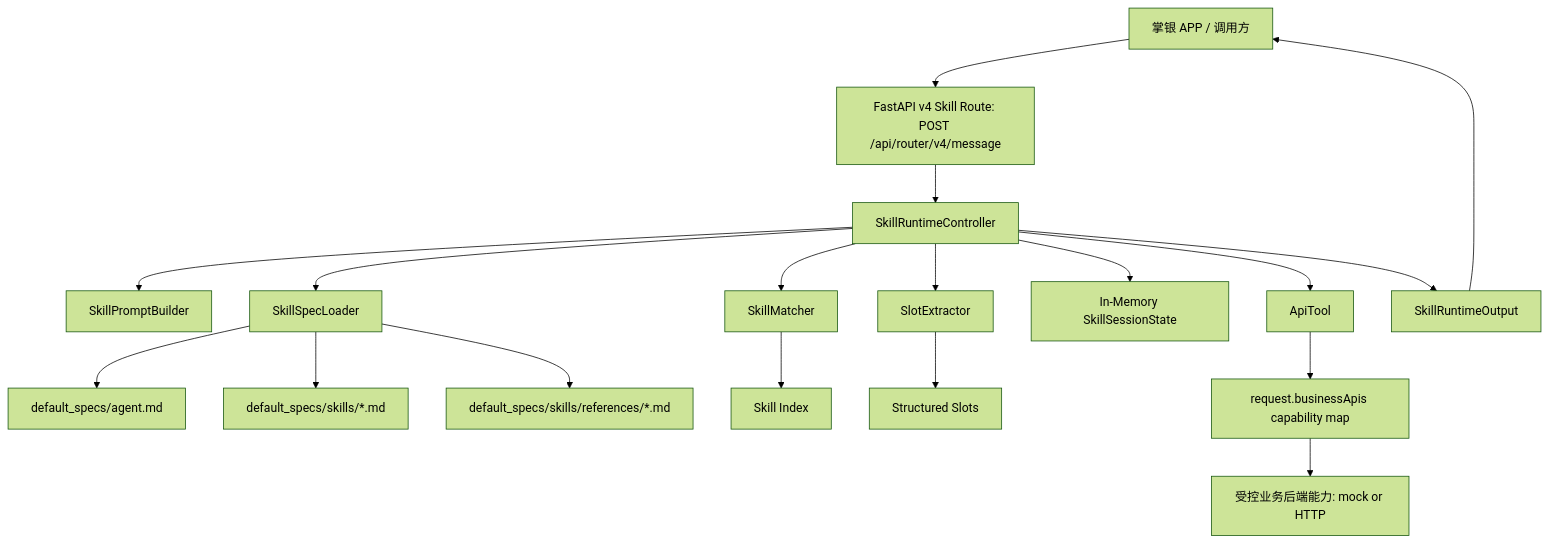
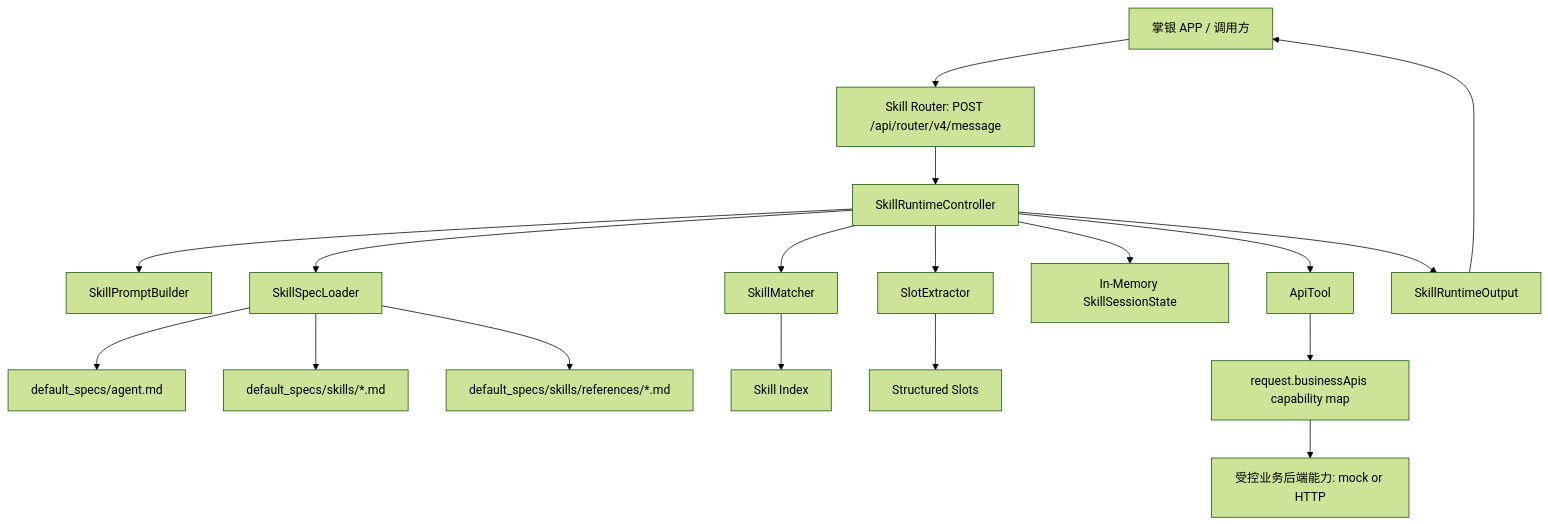
One commit to corelli359/intent-router changed the first of 4 diagrams in docs/v4/markdown-skill-runtime-architecture-v0.1.md. Above: the diagram before and after it, drawn with Mermaid (forest theme).

Commit message:
docs: update v4 skill runtime architecture wording

````diff
--- a/docs/v4/markdown-skill-runtime-architecture-v0.1.md
+++ b/docs/v4/markdown-skill-runtime-architecture-v0.1.md
@@ -13,26 +13,26 @@
 ```mermaid
 flowchart TD
-    Client["掌银 APP / 调用方"] --> Api["FastAPI v4 Skill Route: POST /api/router/v4/message"]
+    Client["掌银 APP / 调用方"] --> Api[" Skill Router: POST /api/router/v4/message"]
 
     Api --> Runtime["SkillRuntimeController"]
 
     Runtime --> PromptBuilder["SkillPromptBuilder"]
     Runtime --> Loader["SkillSpecLoader"]
     Runtime --> Matcher["SkillMatcher"]
     Runtime --> Extractor["SlotExtractor"]
     Runtime --> Session["In-Memory SkillSessionState"]
     Runtime --> ApiTool["ApiTool"]
 
     Loader --> AgentMd["default_specs/agent.md"]
     Loader --> SkillMd["default_specs/skills/*.md"]
     Loader --> Refs["default_specs/skills/references/*.md"]
 
     Matcher --> SkillIndex["Skill Index"]
     Extractor --> Slots["Structured Slots"]
 
     ApiTool --> BusinessApis["request.businessApis capability map"]
     BusinessApis --> Backend["受控业务后端能力: mock or HTTP"]
 
     Runtime --> Response["SkillRuntimeOutput"]
     Response --> Client
 ```
````
